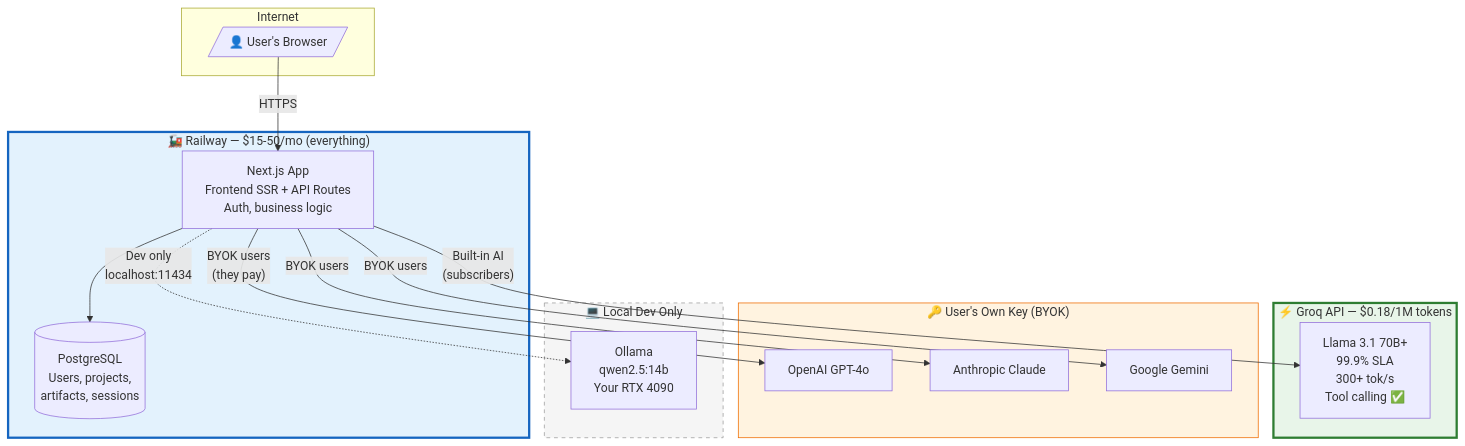
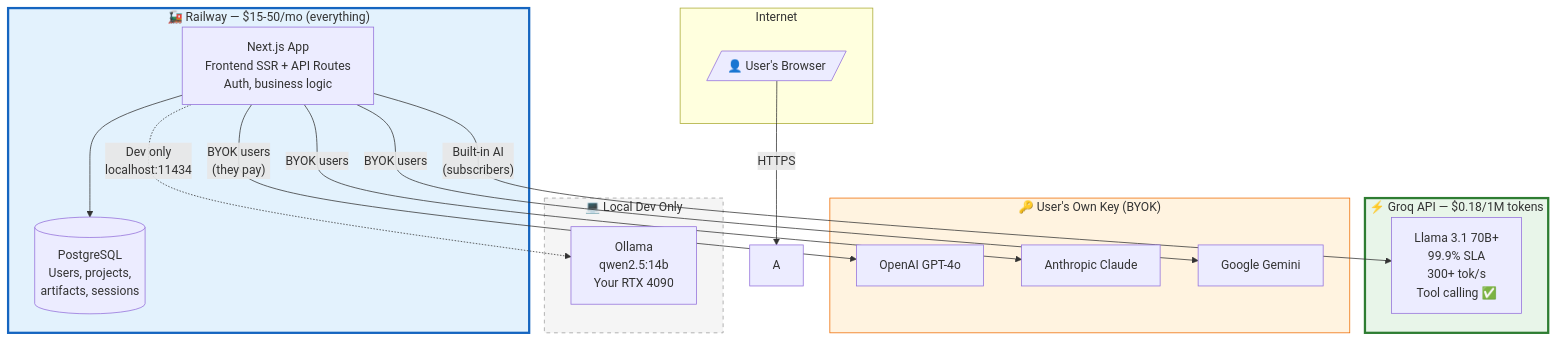
One commit to pelchers/IDEAS_MANAGEMENT changed the second of 6 diagrams in .docs/runbooks/ai-hosting/architecture-and-recommendations.md. Above: the diagram before and after it, drawn with Mermaid.

Commit message:
Move Groq explainer to correct location (under mermaid diagram)

````diff
--- a/.docs/runbooks/ai-hosting/architecture-and-recommendations.md
+++ b/.docs/runbooks/ai-hosting/architecture-and-recommendations.md
@@ -228,38 +226,38 @@
 ```mermaid
 graph TB
     subgraph Internet
         User[/"👤 User's Browser"/]
     end
 
     subgraph Railway["🚂 Railway — $15-50/mo (everything)"]
         APP["Next.js App<br/>Frontend SSR + API Routes<br/>Auth, business logic"]
         DB[("PostgreSQL<br/>Users, projects,<br/>artifacts, sessions")]
         APP --> DB
     end
 
     subgraph Groq["⚡ Groq API — $0.18/1M tokens"]
         LLM["Llama 3.1 70B+<br/>99.9% SLA<br/>300+ tok/s<br/>Tool calling ✅"]
     end
 
     subgraph BYOK["🔑 User's Own Key (BYOK)"]
         OAI["OpenAI GPT-4o"]
         ANT["Anthropic Claude"]
         GOO["Google Gemini"]
     end
 
     subgraph LocalDev["💻 Local Dev Only"]
         OLL["Ollama<br/>qwen2.5:14b<br/>Your RTX 4090"]
     end
 
-    User -->|HTTPS| APP
+    User -->|HTTPS| A
     APP -->|"Built-in AI<br/>(subscribers)"| LLM
     APP -->|"BYOK users<br/>(they pay)"| OAI
     APP -->|"BYOK users"| ANT
     APP -->|"BYOK users"| GOO
     APP -.->|"Dev only<br/>localhost:11434"| OLL
 
     style Groq fill:#e8f5e9,stroke:#2e7d32,stroke-width:3px
     style BYOK fill:#fff3e0,stroke:#ef6c00
     style LocalDev fill:#f5f5f5,stroke:#9e9e9e,stroke-dasharray: 5 5
     style Railway fill:#e3f2fd,stroke:#1565c0,stroke-width:3px
 ```
````
